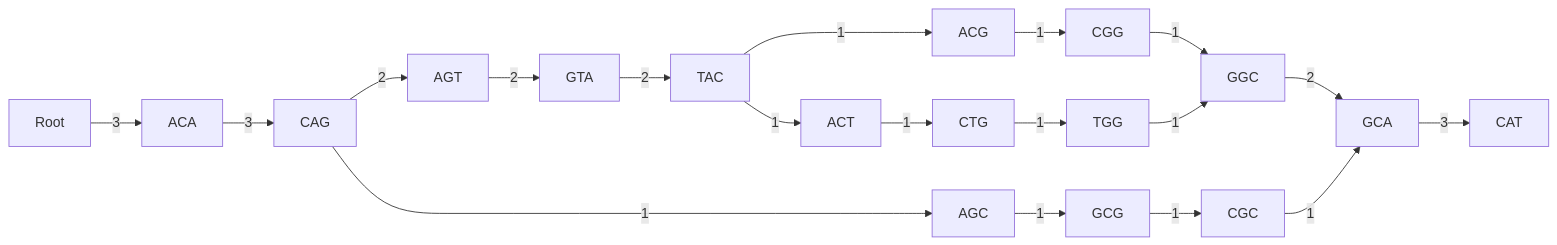
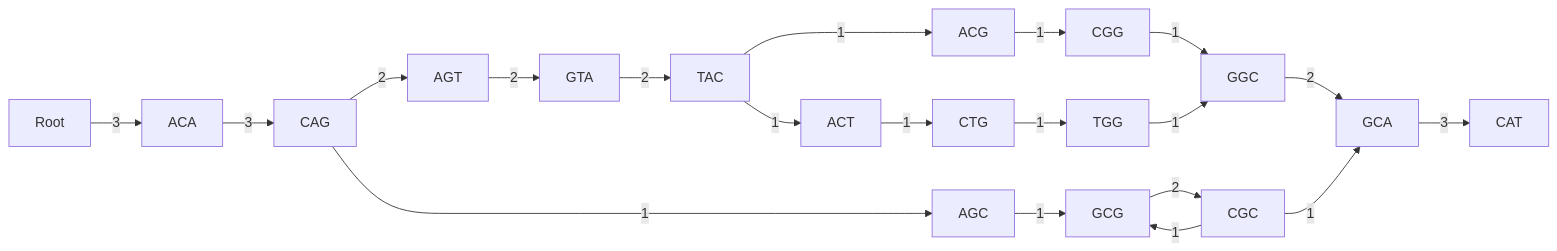
The diagram in tests/output/nested_bubble.md (khiron/dBGAlignLib), drawn with Mermaid before and after one commit. The commit also changed 7 other files, not shown here.

Commit message:
cycle DBG rendered into to_pog and mermaid

````diff
--- a/tests/output/nested_bubble.md
+++ b/tests/output/nested_bubble.md
@@ -1,21 +1,22 @@
 ```mermaid
 graph LR;
 Root -->|"3"| ACA;
 ACA -->|"3"| CAG;
 CAG -->|"2"| AGT;
 AGT -->|"2"| GTA;
 GTA -->|"2"| TAC;
 TAC -->|"1"| ACG;
 ACG -->|"1"| CGG;
 CGG -->|"1"| GGC;
 GGC -->|"2"| GCA;
 GCA -->|"3"| CAT;
 TAC -->|"1"| ACT;
 ACT -->|"1"| CTG;
 CTG -->|"1"| TGG;
 TGG -->|"1"| GGC;
 CAG -->|"1"| AGC;
 AGC -->|"1"| GCG;
-GCG -->|"1"| CGC;
+GCG -->|"2"| CGC;
+CGC -->|"1"| GCG;
 CGC -->|"1"| GCA;
 ```
````
